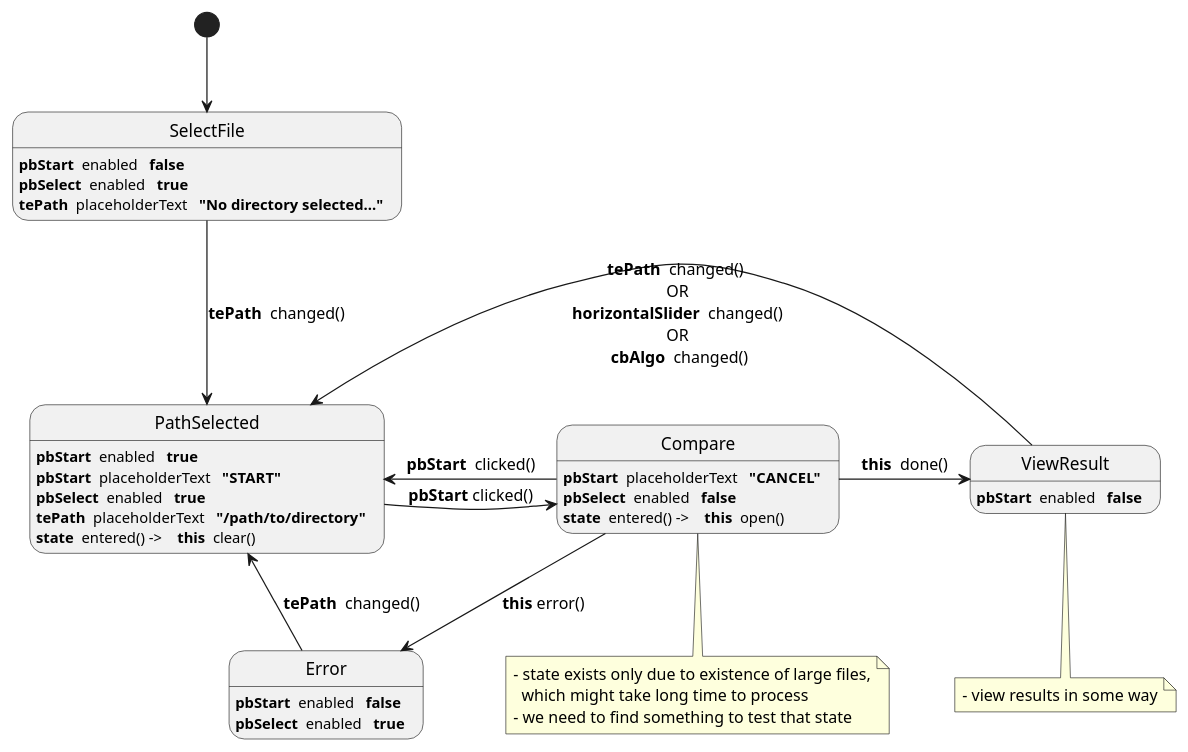
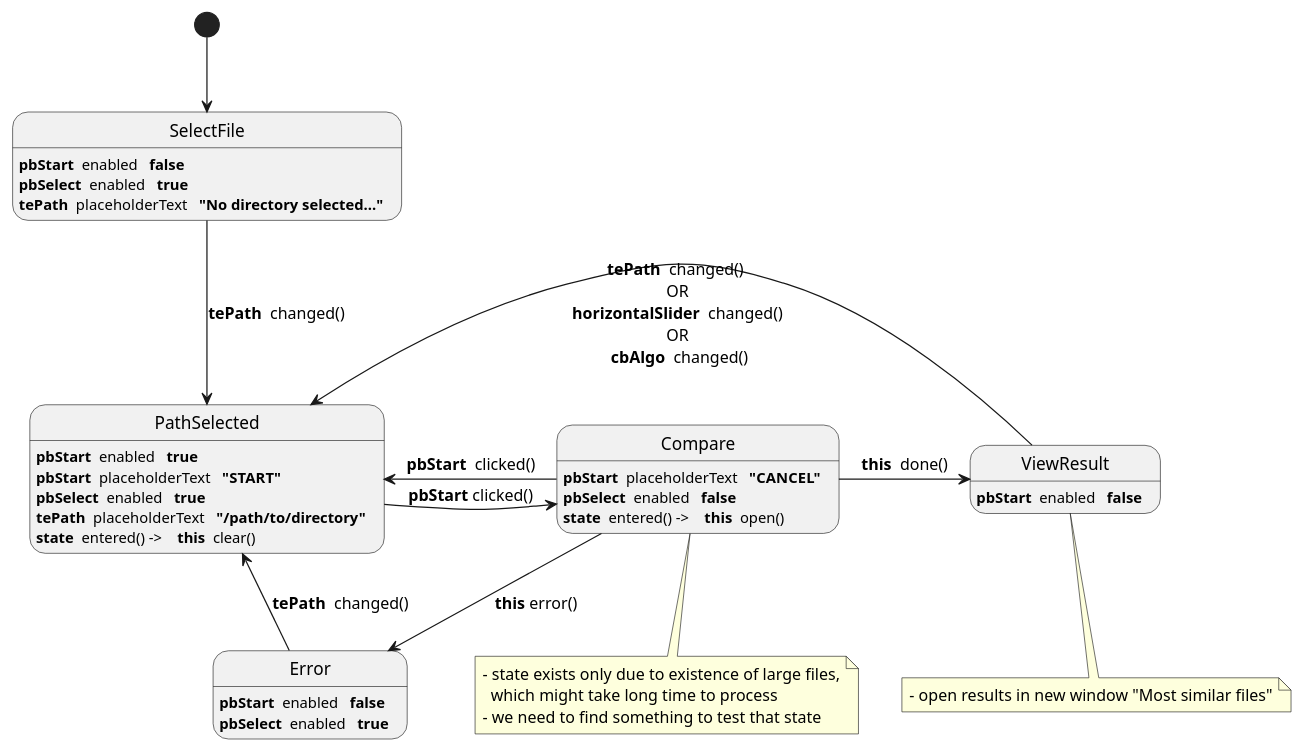
The diagram in uml/app02.puml (hamza95525/plagiarismDetection), drawn with PlantUML before and after one commit.

Commit message:
Comment to uml about opening diff

```diff
--- a/uml/app02.puml
+++ b/uml/app02.puml
@@ -1,38 +1,38 @@
 @startuml
 'FileSelected -up FileSelected : <b>pbSelect</b> clicked(bool)
 'NoFileSelected -down NoFileSelected : pbSelect clicked(bool)
 [*] -down-> SelectFile
 SelectFile -down-> PathSelected : <b>tePath</b>  changed()
 Error -down-> PathSelected : <b>tePath</b>  changed()
 PathSelected -right-> Compare : <b>pbStart</b> clicked()
 'Open -right-> Compare : <b>this</b> opened()
 Compare -down-> Error : <b>this</b> error()
 Compare -left-> PathSelected : <b>pbStart</b>  clicked()
 Compare -right-> ViewResult : <b>this</b>  done()
 ViewResult -left-> PathSelected : <b>tePath</b>  changed() \n OR \n <b>horizontalSlider</b>  changed() \n OR \n <b>cbAlgo</b>  changed()
 SelectFile: <b>pbStart</b>  enabled  <b> false</b>
 SelectFile: <b>pbSelect</b>  enabled  <b> true</b>
 SelectFile: <b>tePath</b>  placeholderText  <b> "No directory selected..."</b>
 PathSelected: <b>pbStart</b>  enabled  <b> true</b>
 PathSelected: <b>pbStart</b>  placeholderText  <b> "START"</b>
 PathSelected: <b>pbSelect</b>  enabled  <b> true</b>
 PathSelected: <b>tePath</b>  placeholderText  <b> "/path/to/directory"</b>
 PathSelected: <b>state</b>  entered() ->    <b>this</b>  clear()
 Compare: <b>pbStart</b>  placeholderText  <b> "CANCEL"</b>
 Compare: <b>pbSelect</b>  enabled  <b> false</b>
 Compare: <b>state</b>  entered() ->    <b>this</b>  open()
 Error: <b>pbStart</b>  enabled  <b> false</b>
 Error: <b>pbSelect</b>  enabled  <b> true</b>
 'Error: <b>tePath</b>  placeholderText  <b> "Wrong path or permissions!"</b>
 'Compare: <b>pbStart</b>  enabled  <b> true</b>
 ViewResult: <b>pbStart</b>  enabled  <b> false</b>
 note bottom of ViewResult
-    - view results in some way
+    - open results in new window "Most similar files"
 end note
 note bottom of Compare
     - state exists only due to existence of large files,
       which might take long time to process
     - we need to find something to test that state
 end note
 'Result: <b>pbStart</b>  placeholderText  <b> "START"</b>
 @enduml
```
